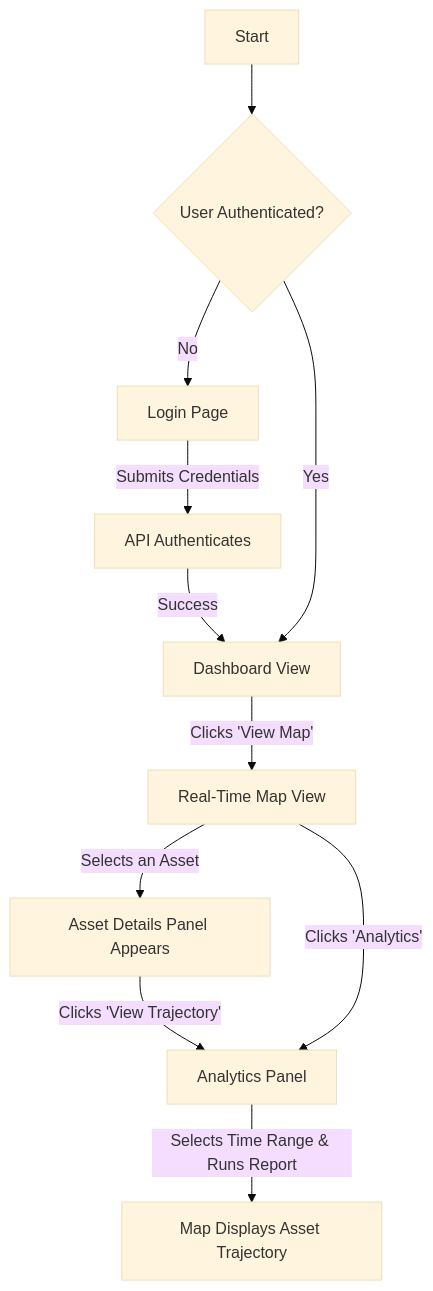
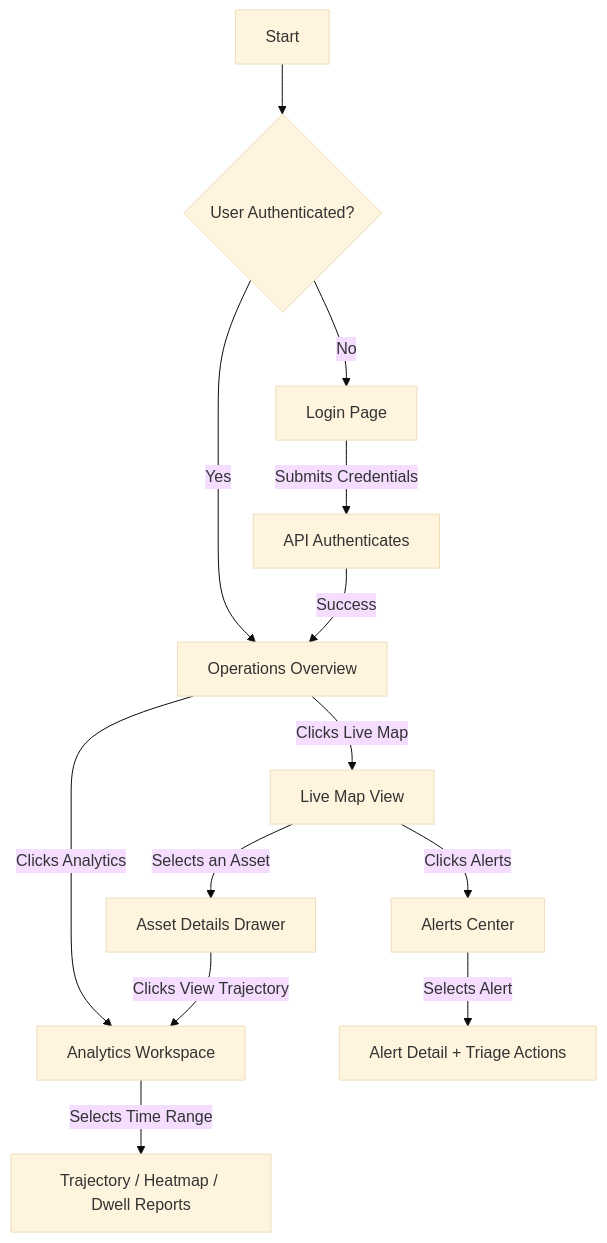
The fourth of 9 diagrams in docs/system-design.md (TaguiaIps/rtls-project), drawn with Mermaid (base theme) before and after one commit. The commit also changed other lines of this file and 23 other files, not shown here.

````diff
--- a/docs/system-design.md
+++ b/docs/system-design.md
@@ -465,13 +482,15 @@
 ```mermaid
 graph TD
     A[Start] --> B{User Authenticated?};
     B -- No --> C[Login Page];
     C -- Submits Credentials --> D[API Authenticates];
-    D -- Success --> E[Dashboard View];
+    D -- Success --> E[Operations Overview];
     B -- Yes --> E;
-    E -- Clicks 'View Map' --> F[Real-Time Map View];
-    F -- Selects an Asset --> G[Asset Details Panel Appears];
-    G -- Clicks 'View Trajectory' --> H[Analytics Panel];
-    H -- Selects Time Range & Runs Report --> I[Map Displays Asset Trajectory];
-    F -- Clicks 'Analytics' --> H;
+    E -- Clicks Live Map --> F[Live Map View];
+    F -- Selects an Asset --> G[Asset Details Drawer];
+    G -- Clicks View Trajectory --> H[Analytics Workspace];
+    H -- Selects Time Range --> I[Trajectory / Heatmap / Dwell Reports];
+    F -- Clicks Alerts --> J[Alerts Center];
+    J -- Selects Alert --> K[Alert Detail + Triage Actions];
+    E -- Clicks Analytics --> H;
 ```
````
